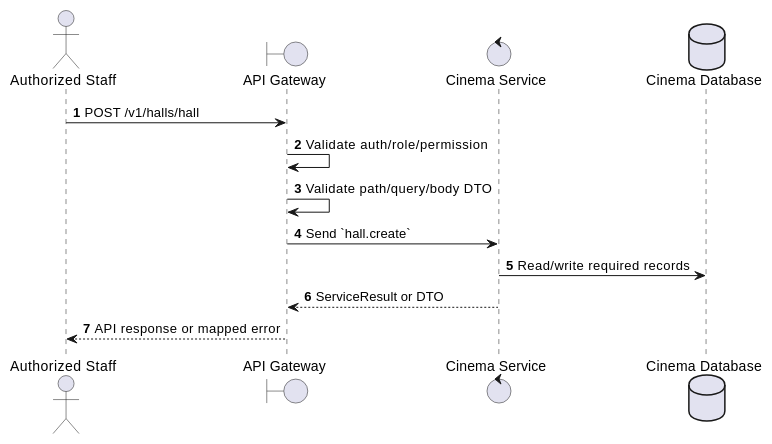
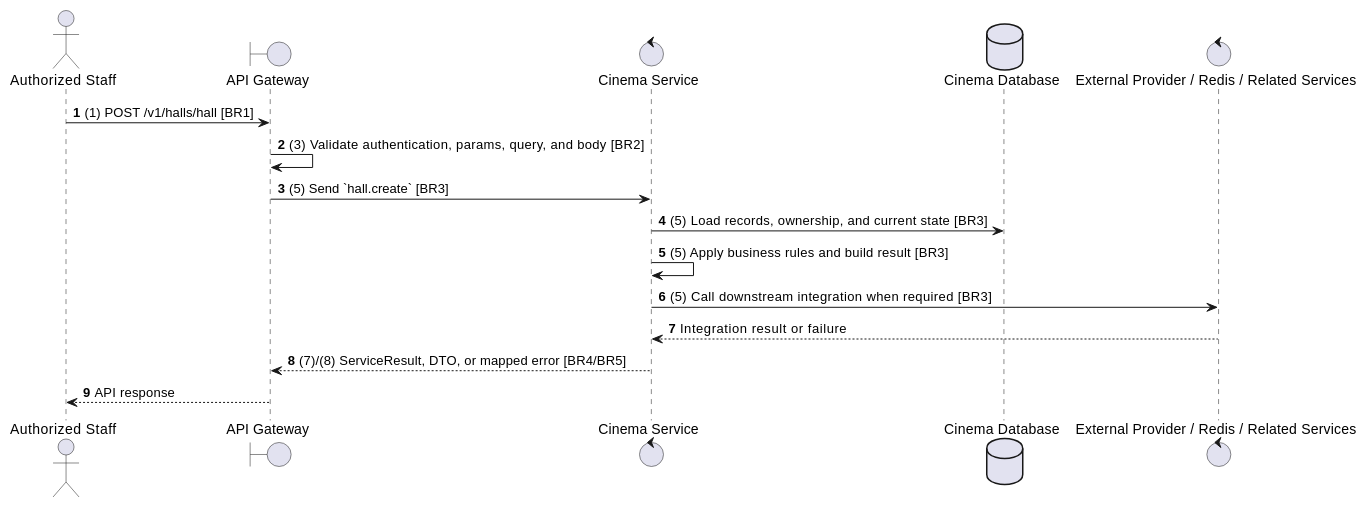
Before and after one commit to Tanh1603/movie-hub-architecture: the second of 2 diagrams in docs/functional_specs/3.2.2_Hall_Management/HM-03_Create_Hall.md, drawn with PlantUML. The commit also changed other lines of this file and 129 other files, not shown here.

````diff
--- a/docs/functional_specs/3.2.2_Hall_Management/HM-03_Create_Hall.md
+++ b/docs/functional_specs/3.2.2_Hall_Management/HM-03_Create_Hall.md
@@ -17,17 +64,20 @@
 ```plantuml
 @startuml
 autonumber
 actor "Authorized Staff" as Actor
 boundary "API Gateway" as GW
 control "Cinema Service" as SVC
 database "Cinema Database" as DB
+control "External Provider / Redis / Related Services" as EXT
 
-Actor -> GW: POST /v1/halls/hall
-GW -> GW: Validate auth/role/permission
-GW -> GW: Validate path/query/body DTO
-GW -> SVC: Send `hall.create`
-SVC -> DB: Read/write required records
-SVC --> GW: ServiceResult or DTO
-GW --> Actor: API response or mapped error
+Actor -> GW: (1) POST /v1/halls/hall [BR1]
+GW -> GW: (3) Validate authentication, params, query, and body [BR2]
+GW -> SVC: (5) Send `hall.create` [BR3]
+SVC -> DB: (5) Load records, ownership, and current state [BR3]
+SVC -> SVC: (5) Apply business rules and build result [BR3]
+SVC -> EXT: (5) Call downstream integration when required [BR3]
+EXT --> SVC: Integration result or failure
+SVC --> GW: (7)/(8) ServiceResult, DTO, or mapped error [BR4/BR5]
+GW --> Actor: API response
 @enduml
 ```
````
